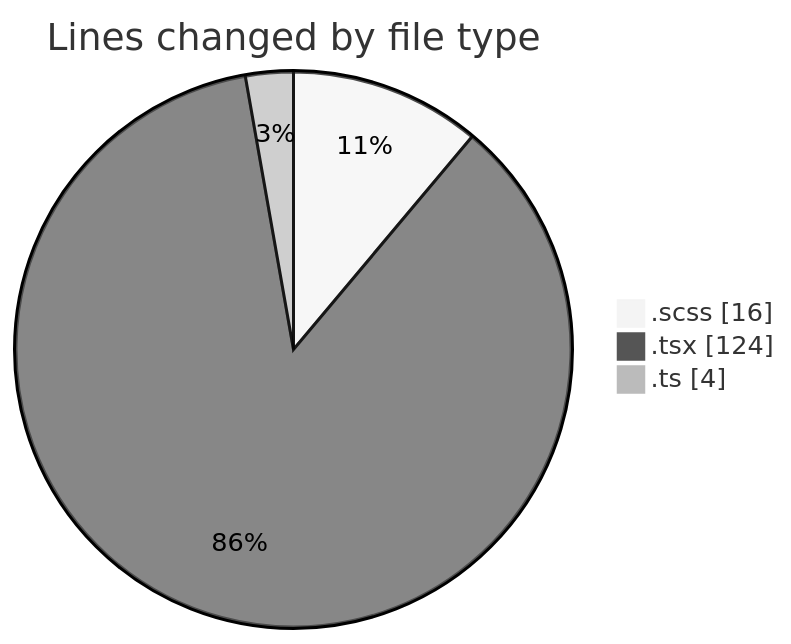
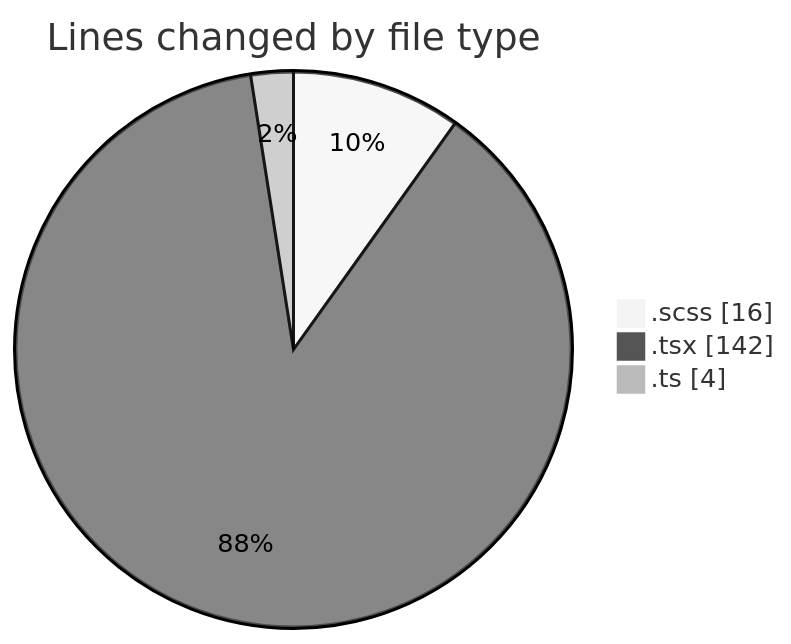
One commit to momahboobian/code-tracking changed the first of 2 diagrams in 2025-02-27/cda/README.md. Above: the diagram before and after it, drawn with Mermaid (neutral theme). The commit also changed other lines of this file and 1 other file, not shown here.

````diff
--- a/2025-02-27/cda/README.md
+++ b/2025-02-27/cda/README.md
@@ -24,7 +24,7 @@
 ```mermaid
 pie showData
 title Lines changed by file type
 ".scss" : 16
-".tsx" : 124
+".tsx" : 142
 ".ts" : 4
 ```
````
